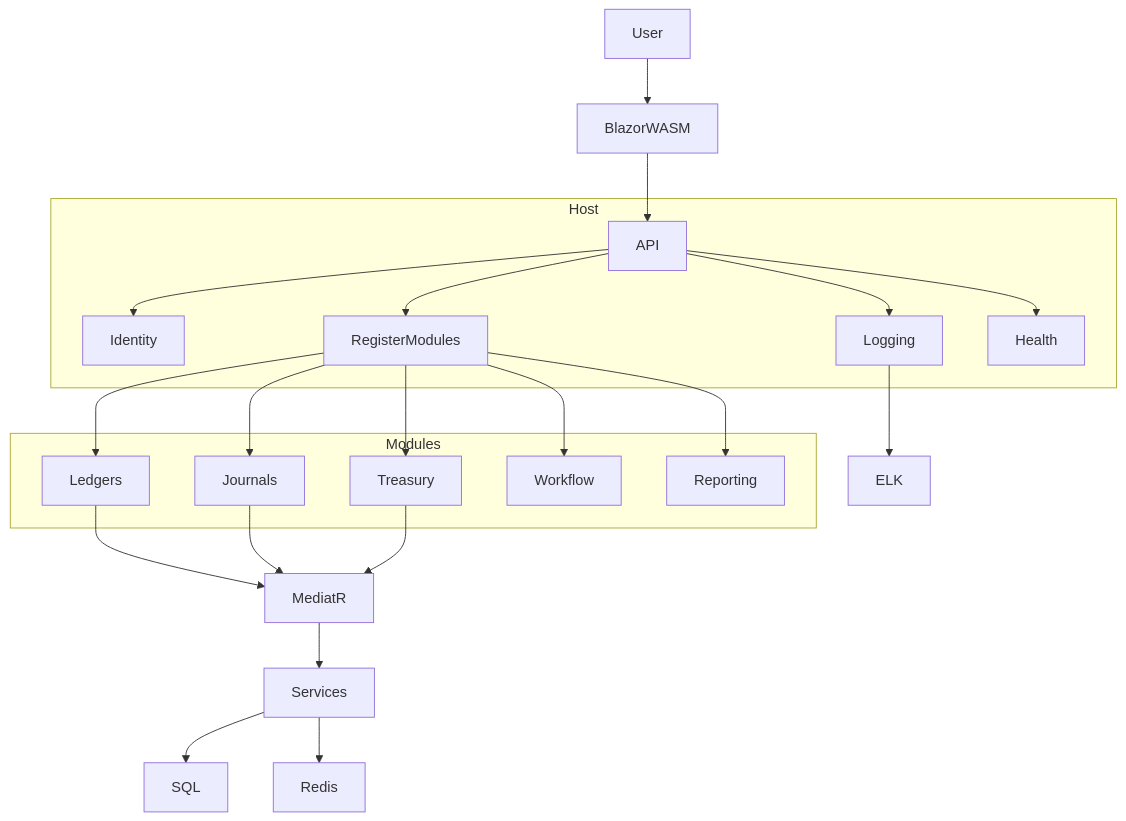
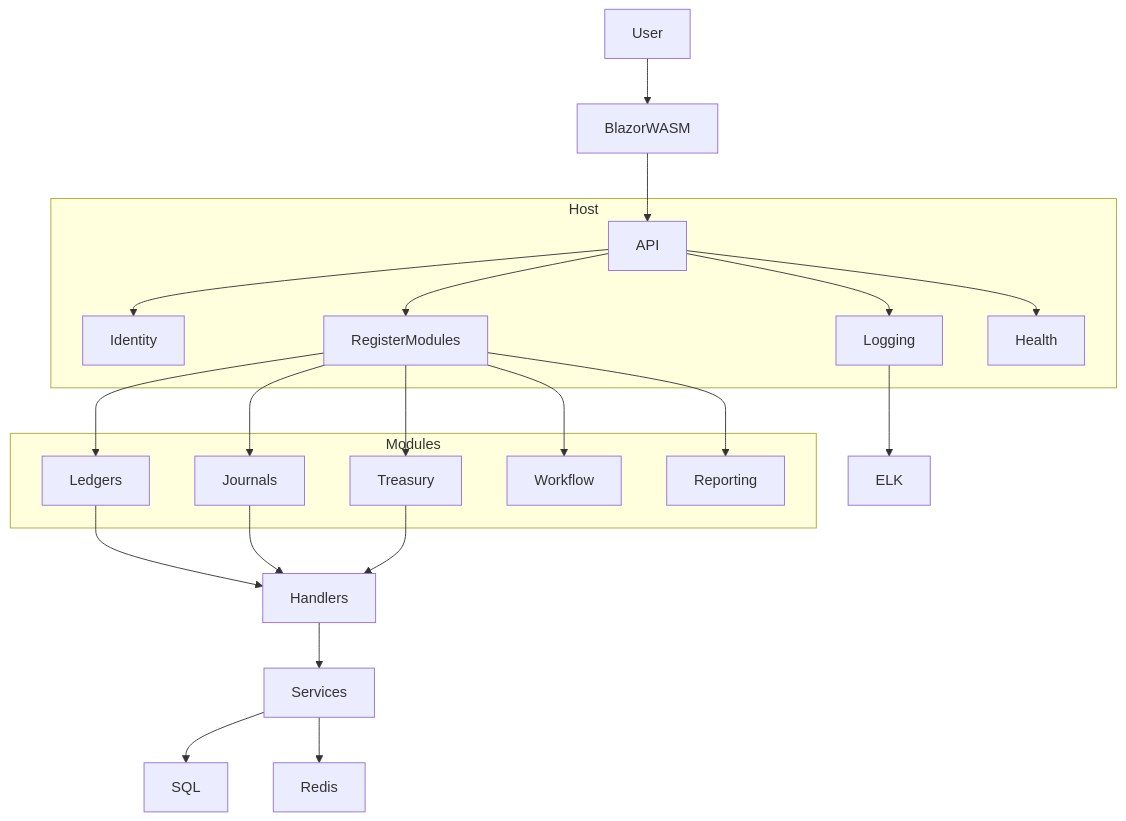
One commit to TavallaGh/FinanceManagement changed the diagram in docs/architecture/architecture-v0-ai.md. Above: the diagram before and after it, drawn with Mermaid. The commit also changed other lines of this file and 30 other files, not shown here.

````diff
--- a/docs/architecture/architecture-v0-ai.md
+++ b/docs/architecture/architecture-v0-ai.md
@@ -49,30 +53,30 @@
 ```mermaid
 flowchart TB
   User --> BlazorWASM
   BlazorWASM --> API
 
   subgraph Host
     API --> Identity
     API --> RegisterModules
     API --> Logging
     API --> Health
   end
 
   subgraph Modules
     RegisterModules --> Ledgers
     RegisterModules --> Journals
     RegisterModules --> Treasury
     RegisterModules --> Workflow
     RegisterModules --> Reporting
   end
 
-  Ledgers --> MediatR
-  Journals --> MediatR
-  Treasury --> MediatR
+  Ledgers --> Handlers
+  Journals --> Handlers
+  Treasury --> Handlers
 
-  MediatR --> Services
+  Handlers --> Services
   Services --> SQL
   Services --> Redis
 
   Logging --> ELK
 ```
````
